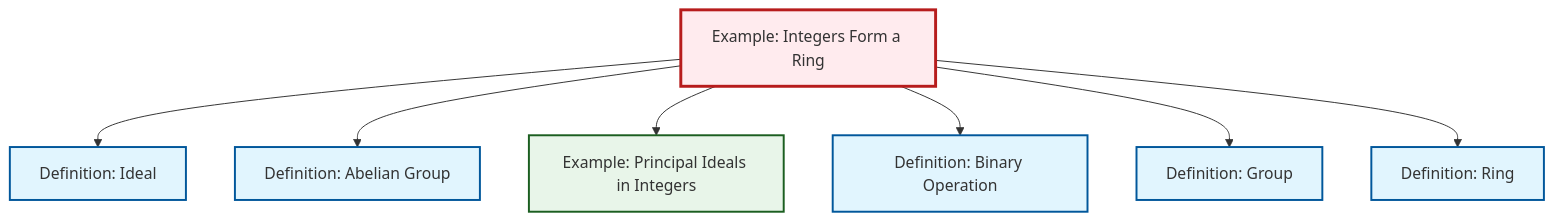
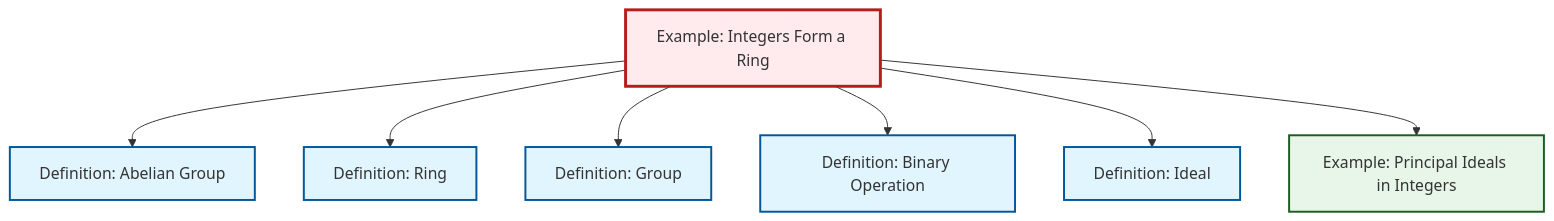
Before and after one commit to RK0429/ModernMath: the diagram in content/ja/algebra/ex-integers-ring.qmd, drawn with Mermaid. The commit also changed other lines of this file and 491 other files, not shown here.

````diff
--- a/content/ja/algebra/ex-integers-ring.qmd
+++ b/content/ja/algebra/ex-integers-ring.qmd
@@ -65,29 +65,29 @@
 ```{mermaid}
 %%| fig-cap: "Local dependency graph"
 graph TD
     classDef definition fill:#e1f5fe,stroke:#01579b,stroke-width:2px
     classDef theorem fill:#f3e5f5,stroke:#4a148c,stroke-width:2px
     classDef axiom fill:#fff3e0,stroke:#e65100,stroke-width:2px
     classDef example fill:#e8f5e9,stroke:#1b5e20,stroke-width:2px
     classDef current fill:#ffebee,stroke:#b71c1c,stroke-width:3px
+    def-binary-operation["Definition: Binary Operation"]:::definition
+    def-abelian-group["Definition: Abelian Group"]:::definition
+    ex-principal-ideal["Example: Principal Ideals in Integers"]:::example
     def-group["Definition: Group"]:::definition
     def-ideal["Definition: Ideal"]:::definition
-    def-binary-operation["Definition: Binary Operation"]:::definition
-    def-abelian-group["Definition: Abelian Group"]:::definition
+    def-ring["Definition: Ring"]:::definition
     ex-integers-ring["Example: Integers Form a Ring"]:::example
-    def-ring["Definition: Ring"]:::definition
-    ex-principal-ideal["Example: Principal Ideals in Integers"]:::example
+    ex-integers-ring --> def-abelian-group
+    ex-integers-ring --> def-ring
+    ex-integers-ring --> def-group
+    ex-integers-ring --> def-binary-operation
     ex-integers-ring --> def-ideal
-    ex-integers-ring --> def-abelian-group
     ex-integers-ring --> ex-principal-ideal
-    ex-integers-ring --> def-binary-operation
-    ex-integers-ring --> def-group
-    ex-integers-ring --> def-ring
     class ex-integers-ring current
+    click def-binary-operation "def-binary-operation.html" "Definition: Binary Operationへ"
+    click def-abelian-group "def-abelian-group.html" "Definition: Abelian Groupへ"
+    click ex-principal-ideal "ex-principal-ideal.html" "Example: Principal Ideals in Integersへ"
     click def-group "def-group.html" "Definition: Groupへ"
     click def-ideal "def-ideal.html" "Definition: Idealへ"
-    click def-binary-operation "def-binary-operation.html" "Definition: Binary Operationへ"
-    click def-abelian-group "def-abelian-group.html" "Definition: Abelian Groupへ"
     click def-ring "def-ring.html" "Definition: Ringへ"
-    click ex-principal-ideal "ex-principal-ideal.html" "Example: Principal Ideals in Integersへ"
 ```
````
